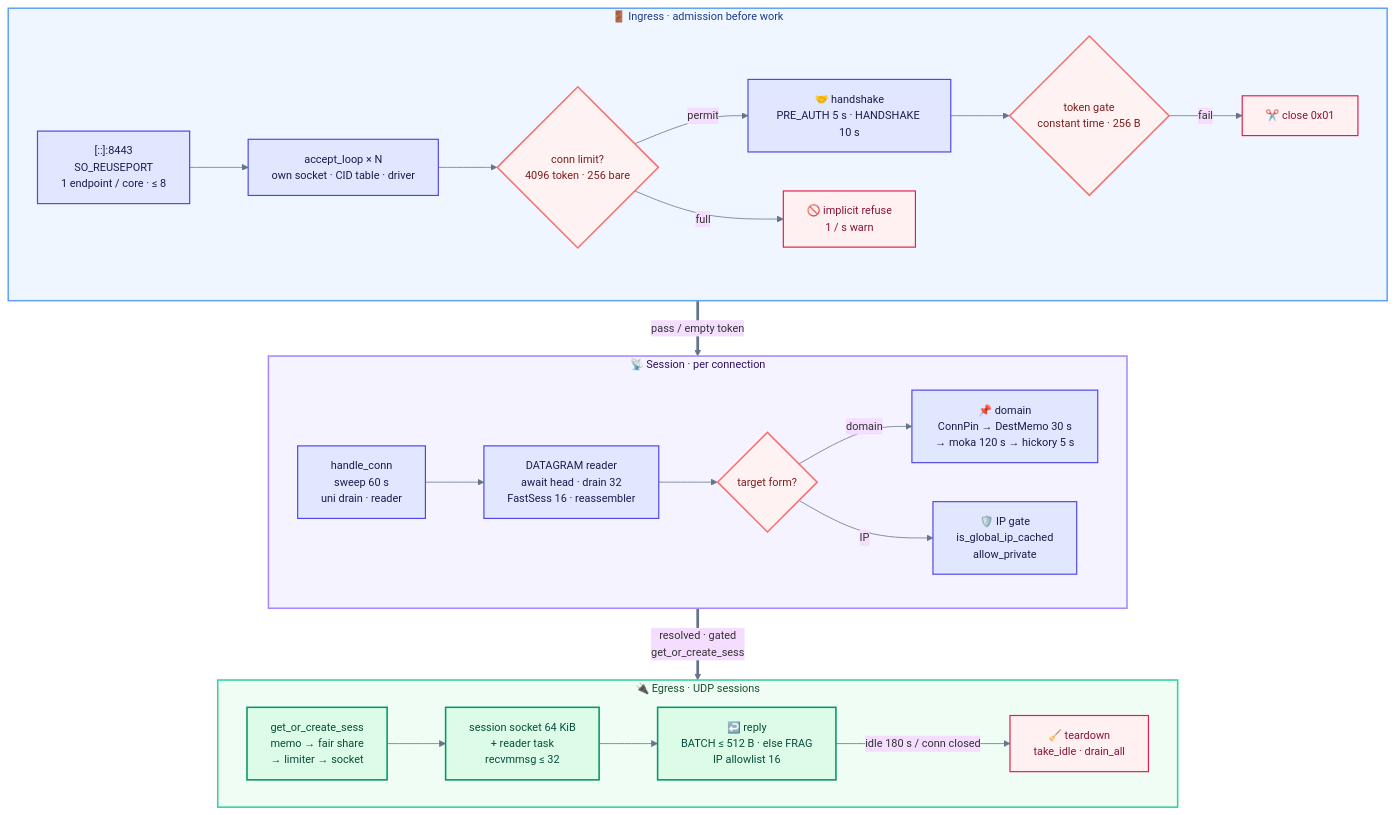
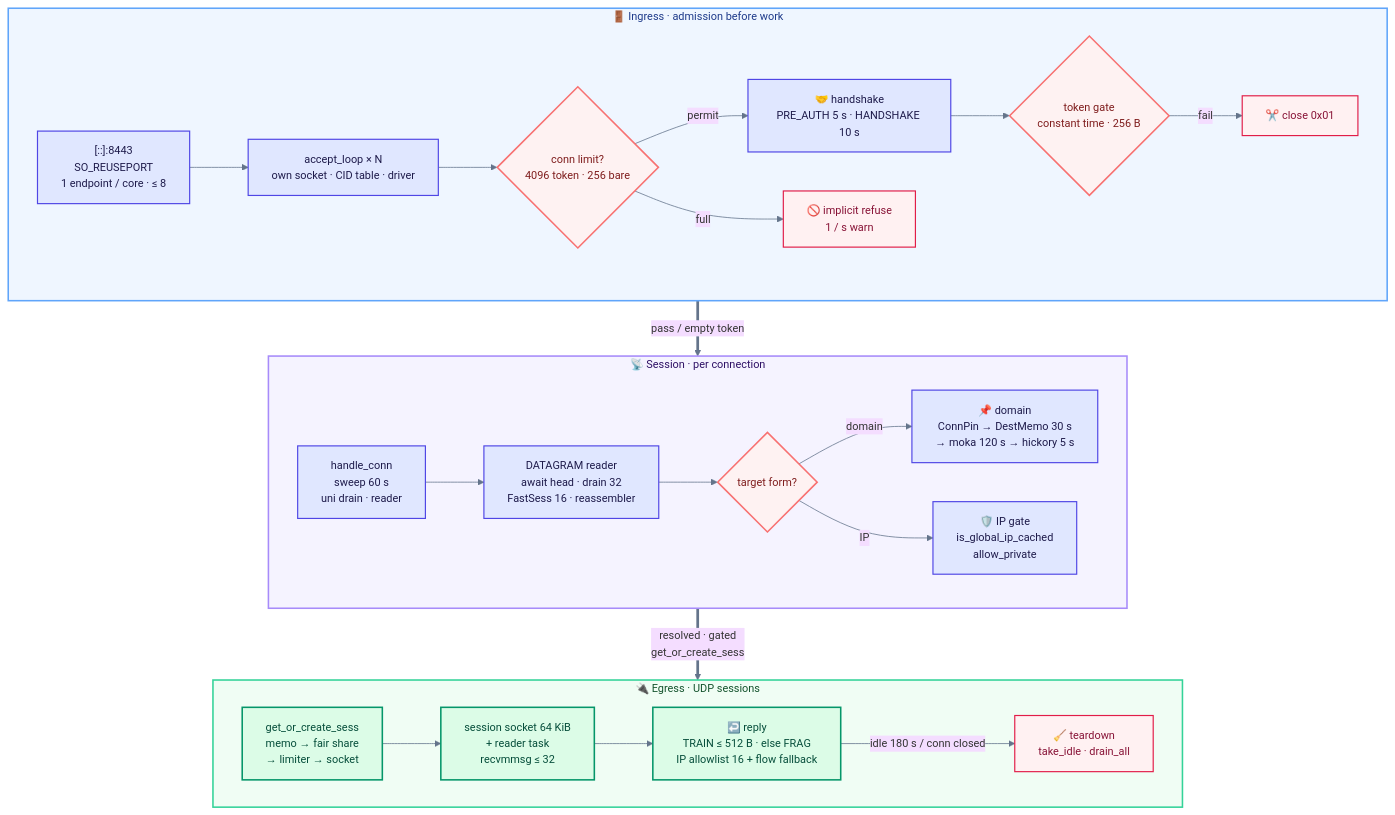
The seventh of 8 diagrams in README.md (Terutoki/MyQUIC2), drawn with Mermaid before and after one commit. The commit also changed other lines of this file and 16 other files, not shown here.

````diff
--- a/README.md
+++ b/README.md
@@ -345,52 +345,52 @@
 ```mermaid
 %%{init: {"theme":"base","themeVariables":{"fontSize":"14px","lineColor":"#64748b"}}}%%
 flowchart TB
     subgraph G1["🚪  Ingress · admission before work"]
         direction LR
         L["[::]:8443<br/>SO_REUSEPORT<br/>1 endpoint / core · ≤ 8"]
         A["accept_loop × N<br/>own socket · CID table · driver"]
         G{"conn limit?<br/>4096 token · 256 bare"}
         H["🤝 handshake<br/>PRE_AUTH 5 s · HANDSHAKE 10 s"]
         T{"token gate<br/>constant time · 256 B"}
         RF["🚫 implicit refuse<br/>1 / s warn"]
         C1["✂️ close 0x01"]
         L --> A --> G
         G -->|"permit"| H
         G -->|"full"| RF
         H --> T
         T -->|"fail"| C1
     end
     subgraph G2["📡  Session · per connection"]
         direction LR
         HC["handle_conn<br/>sweep 60 s<br/>uni drain · reader"]
         R["DATAGRAM reader<br/>await head · drain 32<br/>FastSess 16 · reassembler"]
         F{"target form?"}
         DN["📌 domain<br/>ConnPin → DestMemo 30 s<br/>→ moka 120 s → hickory 5 s"]
         SS["🛡️ IP gate<br/>is_global_ip_cached<br/>allow_private"]
         HC --> R --> F
         F -->|"domain"| DN
         F -->|"IP"| SS
     end
     subgraph G3["🔌  Egress · UDP sessions"]
         direction LR
         GS["get_or_create_sess<br/>memo → fair share<br/>→ limiter → socket"]
         SO["session socket 64 KiB<br/>+ reader task<br/>recvmmsg ≤ 32"]
-        RP["↩️ reply<br/>BATCH ≤ 512 B · else FRAG<br/>IP allowlist 16"]
+        RP["↩️ reply<br/>TRAIN ≤ 512 B · else FRAG<br/>IP allowlist 16 + flow fallback"]
         BYE["🧹 teardown<br/>take_idle · drain_all"]
         GS --> SO --> RP
         RP -->|"idle 180 s / conn closed"| BYE
     end
     G1 ==>|"pass / empty token"| G2
     G2 ==>|"resolved · gated<br/>get_or_create_sess"| G3
     style G1 fill:#eff6ff,stroke:#60a5fa,stroke-width:2px,color:#1e3a8a
     style G2 fill:#f5f3ff,stroke:#a78bfa,stroke-width:2px,color:#2e1065
     style G3 fill:#f0fdf4,stroke:#34d399,stroke-width:2px,color:#14532d
     classDef gate fill:#fef2f2,stroke:#f87171,stroke-width:2px,color:#7f1d1d
     classDef good fill:#dcfce7,stroke:#059669,stroke-width:2px,color:#064e3b
     classDef infra fill:#e0e7ff,stroke:#4f46e5,stroke-width:1.5px,color:#1e1b4b
     classDef deny fill:#fff1f2,stroke:#e11d48,stroke-width:1.5px,color:#881337
     class G,T,F gate
     class GS,SO,RP good
     class L,A,H,HC,R,DN,SS infra
     class RF,C1,BYE deny
 ```
````
